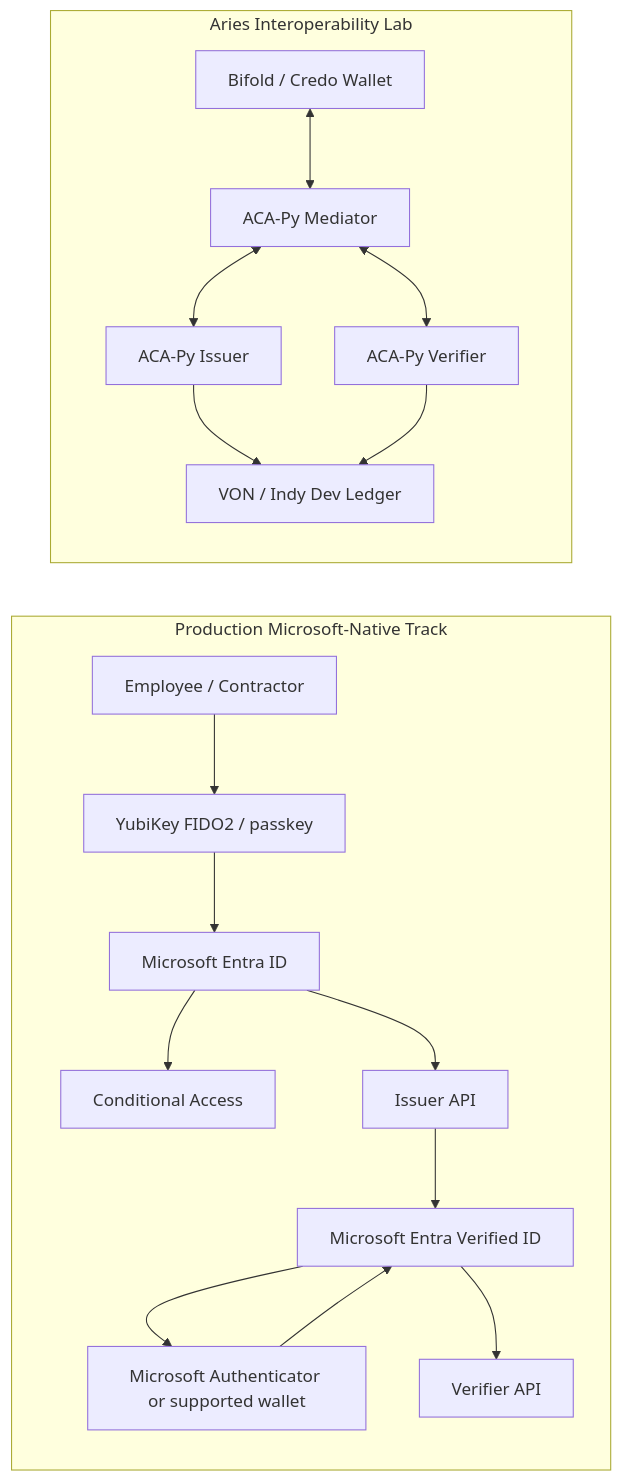
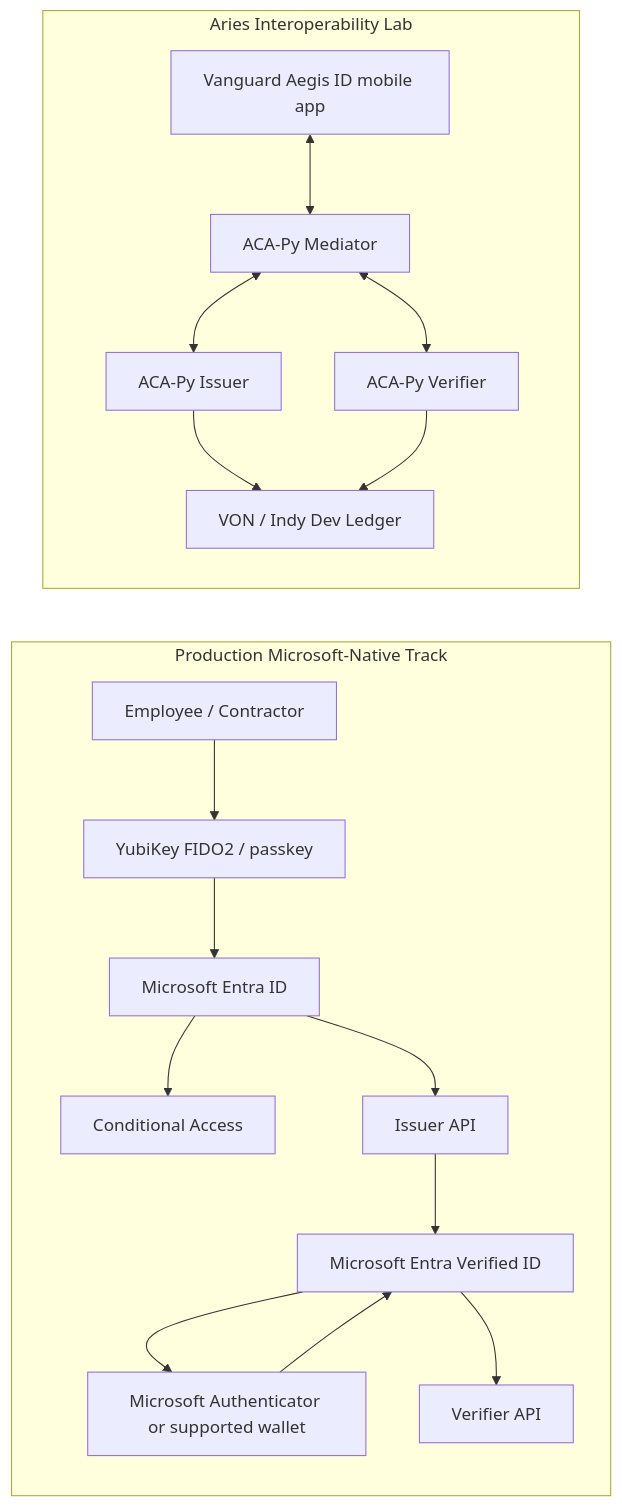
One commit to Cloudstrucc/aegis-id changed the diagram in docs/architecture.md. Above: the diagram before and after it, drawn with Mermaid. The commit also changed other lines of this file and 121 other files, not shown here.

````diff
--- a/docs/architecture.md
+++ b/docs/architecture.md
@@ -5,29 +5,29 @@
 ```mermaid
 flowchart LR
   subgraph "Production Microsoft-Native Track"
     User["Employee / Contractor"]
     YubiKey["YubiKey FIDO2 / passkey"]
     Entra["Microsoft Entra ID"]
     CA["Conditional Access"]
     VID["Microsoft Entra Verified ID"]
     Issuer["Issuer API"]
     Verifier["Verifier API"]
     Wallet["Microsoft Authenticator or supported wallet"]
     User --> YubiKey --> Entra --> CA
     Entra --> Issuer --> VID --> Wallet
     Wallet --> VID --> Verifier
   end
 
   subgraph "Aries Interoperability Lab"
-    Bifold["Bifold / Credo Wallet"]
+    AegisMobile["Vanguard Aegis ID mobile app"]
     Mediator["ACA-Py Mediator"]
     AriesIssuer["ACA-Py Issuer"]
     AriesVerifier["ACA-Py Verifier"]
     VON["VON / Indy Dev Ledger"]
-    Bifold <--> Mediator
+    AegisMobile <--> Mediator
     Mediator <--> AriesIssuer
     Mediator <--> AriesVerifier
     AriesIssuer --> VON
     AriesVerifier --> VON
   end
 ```
````
